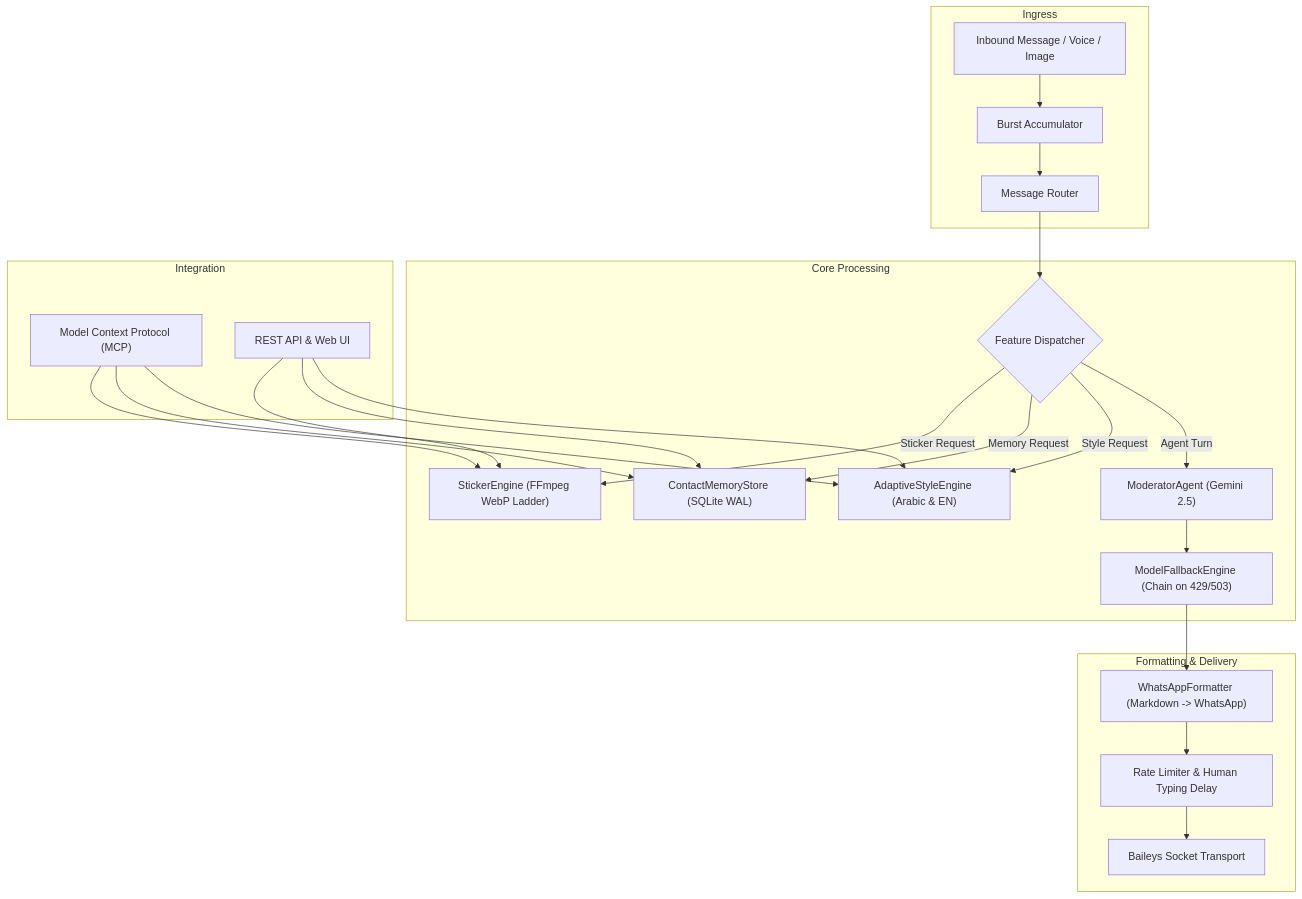
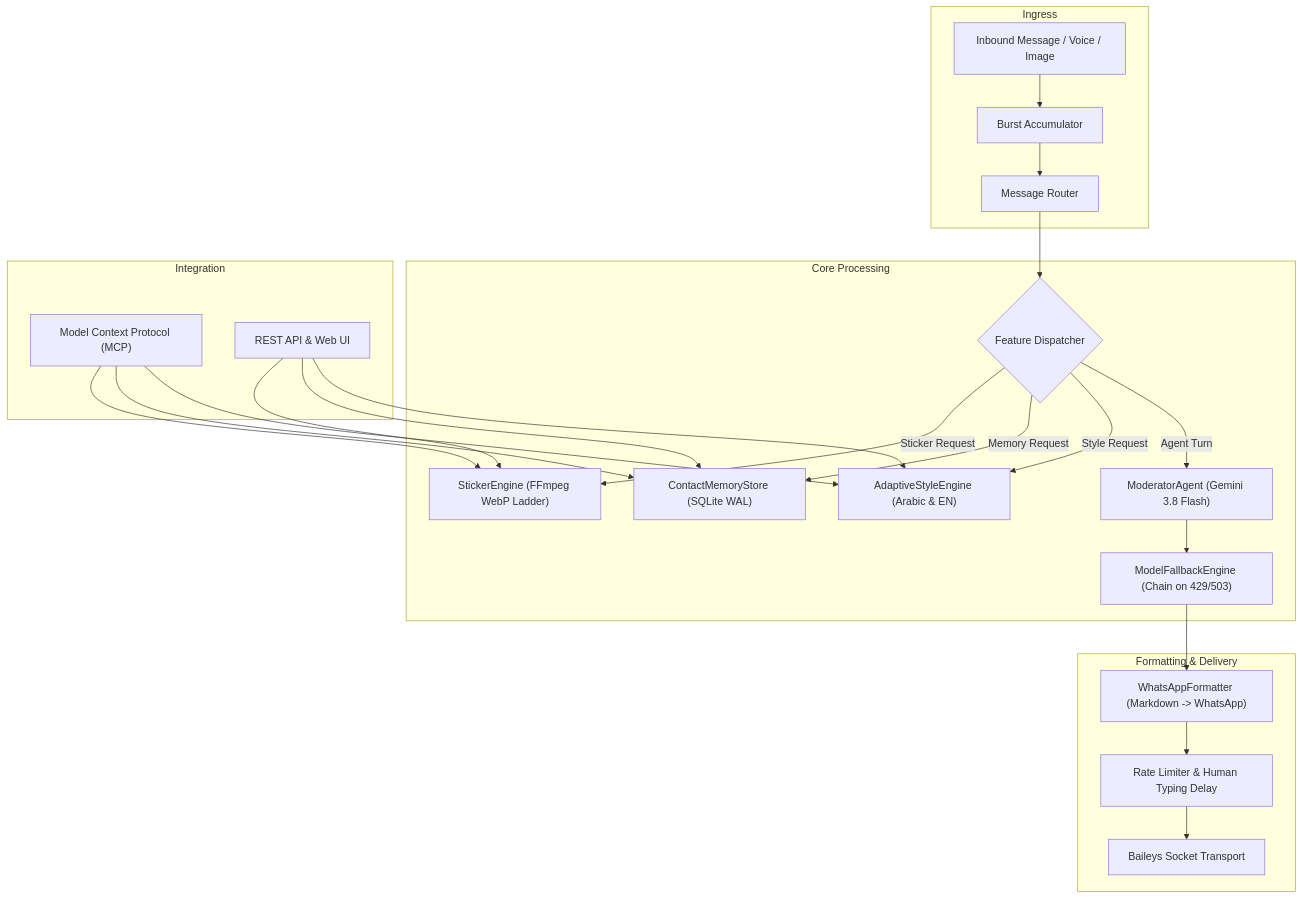
One commit to imMamdouhaboammar/whatsapp-agent changed the diagram in replica/architecture.md. Above: the diagram before and after it, drawn with Mermaid. The commit also changed 85 other files, not shown here.

````diff
--- a/replica/architecture.md
+++ b/replica/architecture.md
@@ -18,31 +18,31 @@
 ```mermaid
 flowchart TD
     subgraph Ingress
         A["Inbound Message / Voice / Image"] --> B["Burst Accumulator"]
         B --> C["Message Router"]
     end
 
     subgraph Core Processing
         C --> D{"Feature Dispatcher"}
         D -->|"Sticker Request"| E["StickerEngine (FFmpeg WebP Ladder)"]
         D -->|"Memory Request"| F["ContactMemoryStore (SQLite WAL)"]
         D -->|"Style Request"| G["AdaptiveStyleEngine (Arabic & EN)"]
-        D -->|"Agent Turn"| H["ModeratorAgent (Gemini 2.5)"]
+        D -->|"Agent Turn"| H["ModeratorAgent (Gemini 3.8 Flash)"]
         H --> I["ModelFallbackEngine (Chain on 429/503)"]
     end
 
     subgraph Formatting & Delivery
         I --> J["WhatsAppFormatter (Markdown -> WhatsApp)"]
         J --> K["Rate Limiter & Human Typing Delay"]
         K --> L["Baileys Socket Transport"]
     end
 
     subgraph Integration
         M["Model Context Protocol (MCP)"] --> E
         M --> F
         M --> G
         N["REST API & Web UI"] --> E
         N --> F
         N --> G
     end
 ```
````
